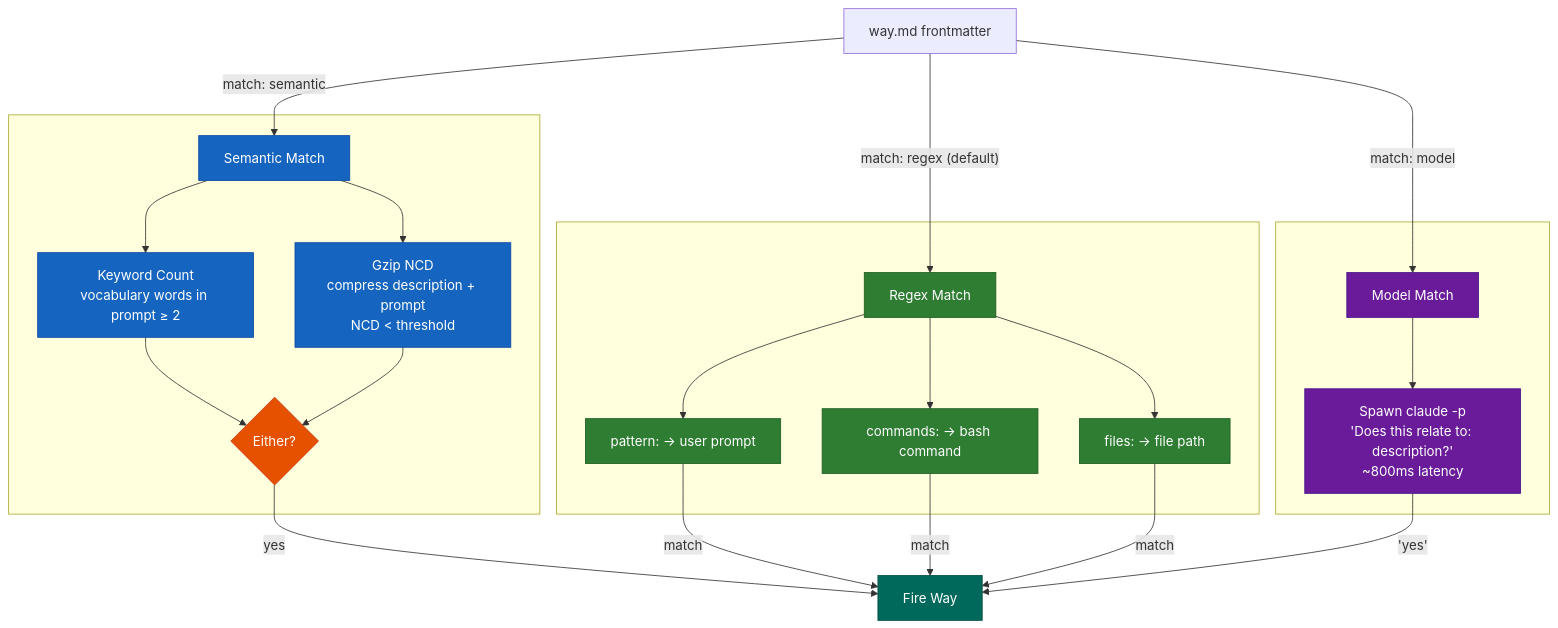
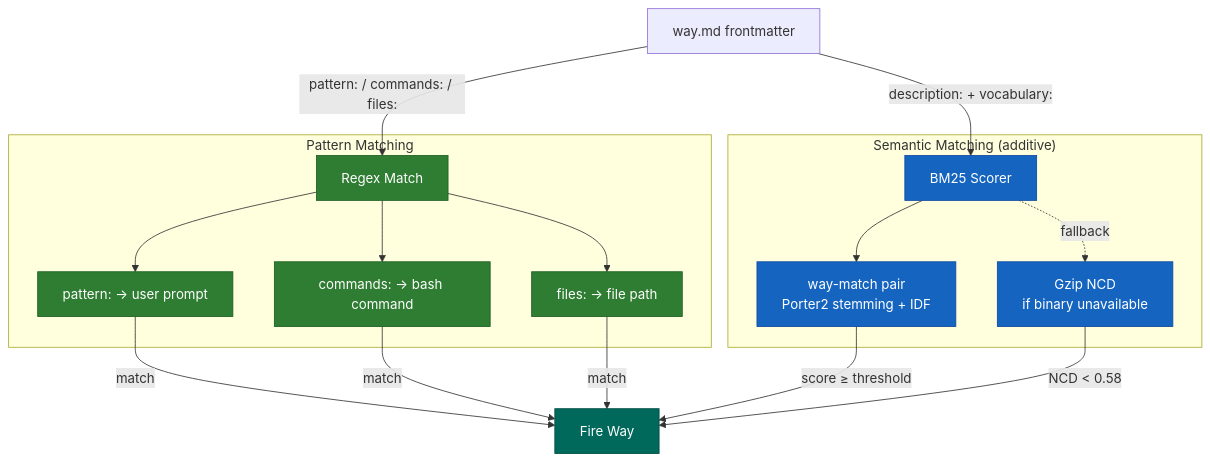
Before and after one commit to aaronsb/claude-code-config: the second of 6 diagrams in docs/hooks-and-ways.md, drawn with Mermaid. The commit also changed other lines of this file and 3 other files, not shown here.

First line of the commit message:
docs: update all references from NCD/model to BM25 semantic matching

````diff
--- a/docs/hooks-and-ways.md
+++ b/docs/hooks-and-ways.md
@@ -130,39 +130,30 @@
 ```mermaid
 flowchart TD
     classDef regex fill:#2E7D32,stroke:#1B5E20,color:#fff
     classDef semantic fill:#1565C0,stroke:#0D47A1,color:#fff
-    classDef model fill:#6A1B9A,stroke:#4A148C,color:#fff
     classDef decision fill:#E65100,stroke:#BF360C,color:#fff
     classDef result fill:#00695C,stroke:#004D40,color:#fff
 
     W[way.md frontmatter]
-    W -->|"match: regex (default)"| R
-    W -->|"match: semantic"| S
-    W -->|"match: model"| M
+    W -->|"pattern: / commands: / files:"| R
+    W -->|"description: + vocabulary:"| S
 
-    subgraph RX [" "]
+    subgraph RX ["Pattern Matching"]
         R[Regex Match]:::regex
         R --> RP["pattern: → user prompt"]:::regex
         R --> RC["commands: → bash command"]:::regex
         R --> RF["files: → file path"]:::regex
     end
 
-    subgraph SM [" "]
-        S[Semantic Match]:::semantic
-        S --> SK["Keyword Count<br/>vocabulary words in prompt ≥ 2"]:::semantic
-        S --> SN["Gzip NCD<br/>compress description + prompt<br/>NCD &lt; threshold"]:::semantic
-        SK --> OR{Either?}:::decision
-        SN --> OR
+    subgraph SM ["Semantic Matching (additive)"]
+        S[BM25 Scorer]:::semantic
+        S --> BM["way-match pair<br/>Porter2 stemming + IDF"]:::semantic
+        S -.->|"fallback"| NCD["Gzip NCD<br/>if binary unavailable"]:::semantic
     end
 
-    subgraph ML [" "]
-        M[Model Match]:::model
-        M --> MC["Spawn claude -p<br/>'Does this relate to: description?'<br/>~800ms latency"]:::model
-    end
-
-    OR -->|yes| FIRE[Fire Way]:::result
-    RP -->|match| FIRE
+    RP -->|match| FIRE[Fire Way]:::result
     RC -->|match| FIRE
     RF -->|match| FIRE
-    MC -->|"'yes'"| FIRE
+    BM -->|"score ≥ threshold"| FIRE
+    NCD -->|"NCD &lt; 0.58"| FIRE
 ```
````
